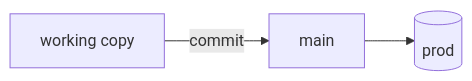
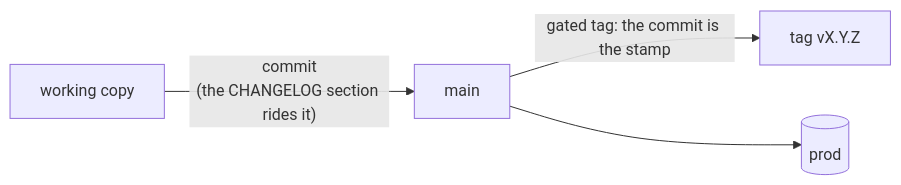
One commit to rosinfotech/standards changed the diagram in standards/git-flow-standard/rule-2610082122.md. Above: the diagram before and after it, drawn with Mermaid. The commit also changed 48 other files, not shown here.

Commit message:
0.6.1: Changed: The stamp protocol moved to seal-on-main for variants #4-#5

````diff
--- a/standards/git-flow-standard/rule-2610082122.md
+++ b/standards/git-flow-standard/rule-2610082122.md
@@ -27,5 +27,6 @@
   ```mermaid
   flowchart LR
-      W["working copy"] -->|"commit"| M["main"]
+      W["working copy"] -->|"commit<br>(the CHANGELOG section rides it)"| M["main"]
+      M -->|"gated tag: the commit is the stamp"| V["tag vX.Y.Z"]
       M --> PE[("prod")]
   ```
````
